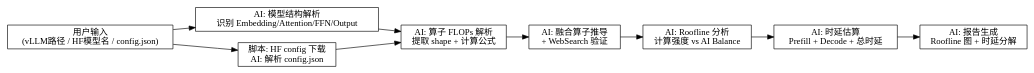
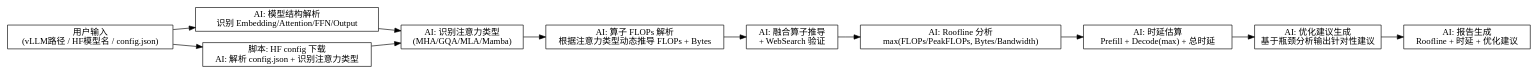
The diagram in llm_latency_estimator/docs/superpowers/specs/2026-04-07-llm-roofline-analysis-design.md (kevinoldching/agent-skills), drawn with Graphviz before and after one commit. The commit also changed other lines of this file, not shown here.

First line of the commit message:
docs: update roofline analysis design

````diff
--- a/llm_latency_estimator/docs/superpowers/specs/2026-04-07-llm-roofline-analysis-design.md
+++ b/llm_latency_estimator/docs/superpowers/specs/2026-04-07-llm-roofline-analysis-design.md
@@ -320,24 +455,28 @@
 ```dot
 digraph dataflow {
     rankdir=LR;
     node [shape=box];
 
     input [label="用户输入\n(vLLM路径 / HF模型名 / config.json)"];
     model_parse [label="AI: 模型结构解析\n识别 Embedding/Attention/FFN/Output"];
-    hf_fetch [label="脚本: HF config 下载\nAI: 解析 config.json"];
-    op_flops [label="AI: 算子 FLOPs 解析\n提取 shape + 计算公式"];
+    hf_fetch [label="脚本: HF config 下载\nAI: 解析 config.json + 识别注意力类型"];
+    attention_type [label="AI: 识别注意力类型\n(MHA/GQA/MLA/Mamba)"];
+    op_flops [label="AI: 算子 FLOPs 解析\n根据注意力类型动态推导 FLOPs + Bytes"];
     fused_ops [label="AI: 融合算子推导\n+ WebSearch 验证"];
-    roofline [label="AI: Roofline 分析\n计算强度 vs AI Balance"];
-    latency [label="AI: 时延估算\nPrefill + Decode + 总时延"];
-    report [label="AI: 报告生成\nRoofline 图 + 时延分解"];
+    roofline [label="AI: Roofline 分析\nmax(FLOPs/PeakFLOPs, Bytes/Bandwidth)"];
+    latency [label="AI: 时延估算\nPrefill + Decode(max) + 总时延"];
+    optimization [label="AI: 优化建议生成\n基于瓶颈分析输出针对性建议"];
+    report [label="AI: 报告生成\nRoofline + 时延 + 优化建议"];
 
     input -> model_parse;
     input -> hf_fetch;
-    model_parse -> op_flops;
-    hf_fetch -> op_flops;
+    model_parse -> attention_type;
+    hf_fetch -> attention_type;
+    attention_type -> op_flops;
     op_flops -> fused_ops;
     fused_ops -> roofline;
     roofline -> latency;
-    latency -> report;
+    latency -> optimization;
+    optimization -> report;
 }
 ```
````
